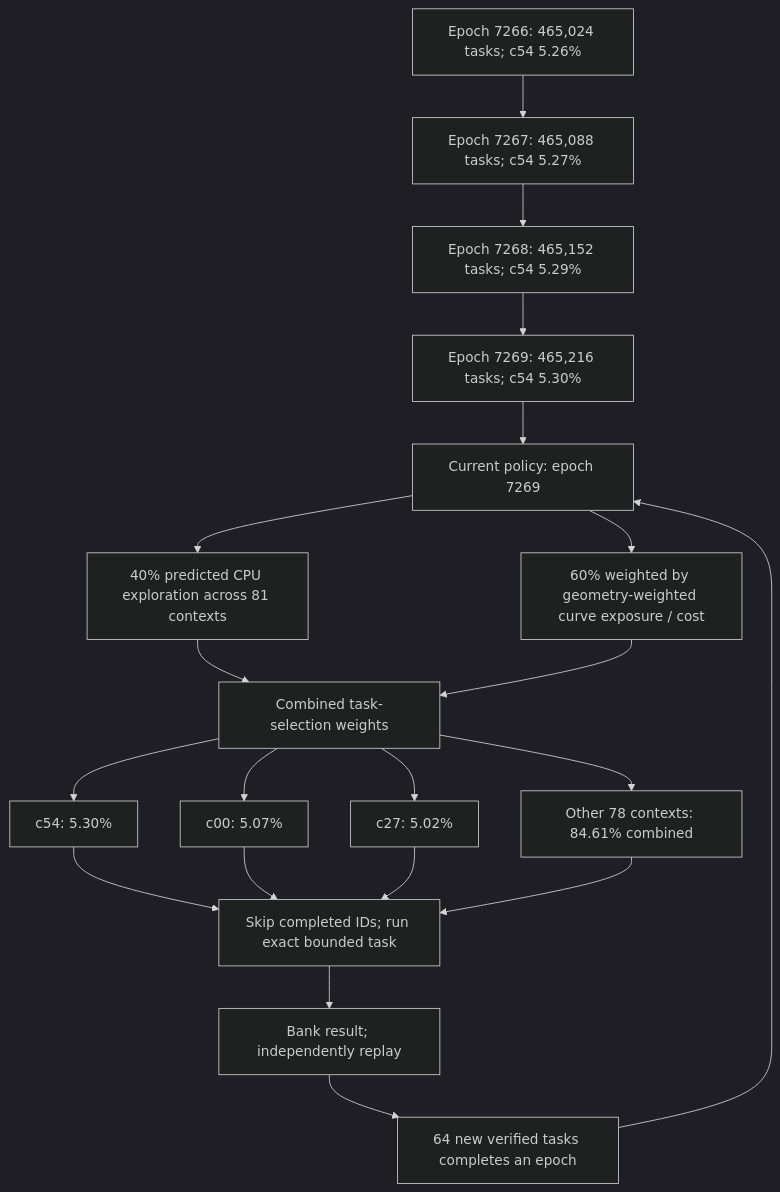
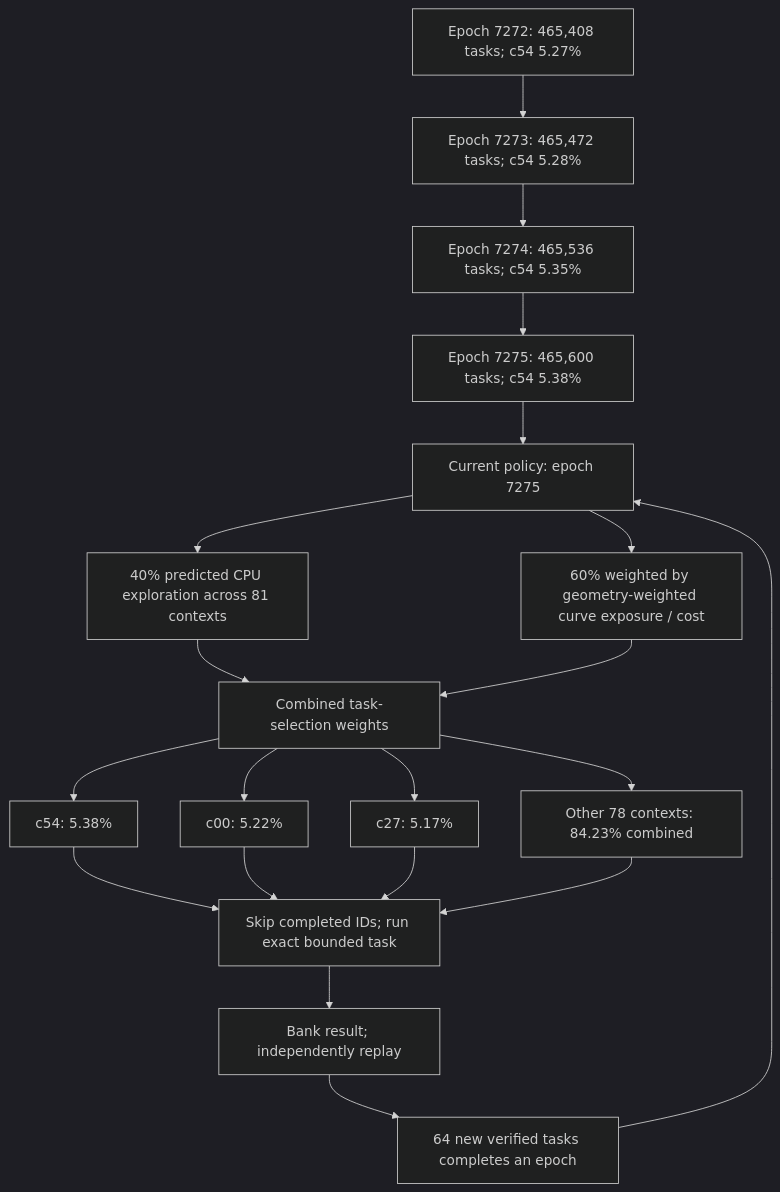
The first of 4 diagrams in README.md (Kuberwastaken/math-gambling), drawn with Mermaid (dark theme) before and after one commit. The commit also changed other lines of this file and 1415 other files, not shown here.

````diff
--- a/README.md
+++ b/README.md
@@ -60,27 +60,27 @@
 ```mermaid
 flowchart TD
-    H0["Epoch 7266: 465,024 tasks; c54 5.26%"]
-    H1["Epoch 7267: 465,088 tasks; c54 5.27%"]
+    H0["Epoch 7272: 465,408 tasks; c54 5.27%"]
+    H1["Epoch 7273: 465,472 tasks; c54 5.28%"]
     H0 --> H1
-    H2["Epoch 7268: 465,152 tasks; c54 5.29%"]
+    H2["Epoch 7274: 465,536 tasks; c54 5.35%"]
     H1 --> H2
-    H3["Epoch 7269: 465,216 tasks; c54 5.30%"]
+    H3["Epoch 7275: 465,600 tasks; c54 5.38%"]
     H2 --> H3
-    Policy["Current policy: epoch 7269"]
+    Policy["Current policy: epoch 7275"]
     H3 --> Policy
     Policy --> Explore["40% predicted CPU exploration across 81 contexts"]
     Policy --> Cost["60% weighted by geometry-weighted curve exposure / cost"]
     Explore --> Mix["Combined task-selection weights"]
     Cost --> Mix
-    Mix --> C0["c54: 5.30%"]
-    Mix --> C1["c00: 5.07%"]
-    Mix --> C2["c27: 5.02%"]
-    Mix --> Rest["Other 78 contexts: 84.61% combined"]
+    Mix --> C0["c54: 5.38%"]
+    Mix --> C1["c00: 5.22%"]
+    Mix --> C2["c27: 5.17%"]
+    Mix --> Rest["Other 78 contexts: 84.23% combined"]
     C0 --> Check["Skip completed IDs; run exact bounded task"]
     C1 --> Check
     C2 --> Check
     Rest --> Check
     Check --> Replay["Bank result; independently replay"]
     Replay --> Gate["64 new verified tasks completes an epoch"]
     Gate --> Policy
 ```
````
